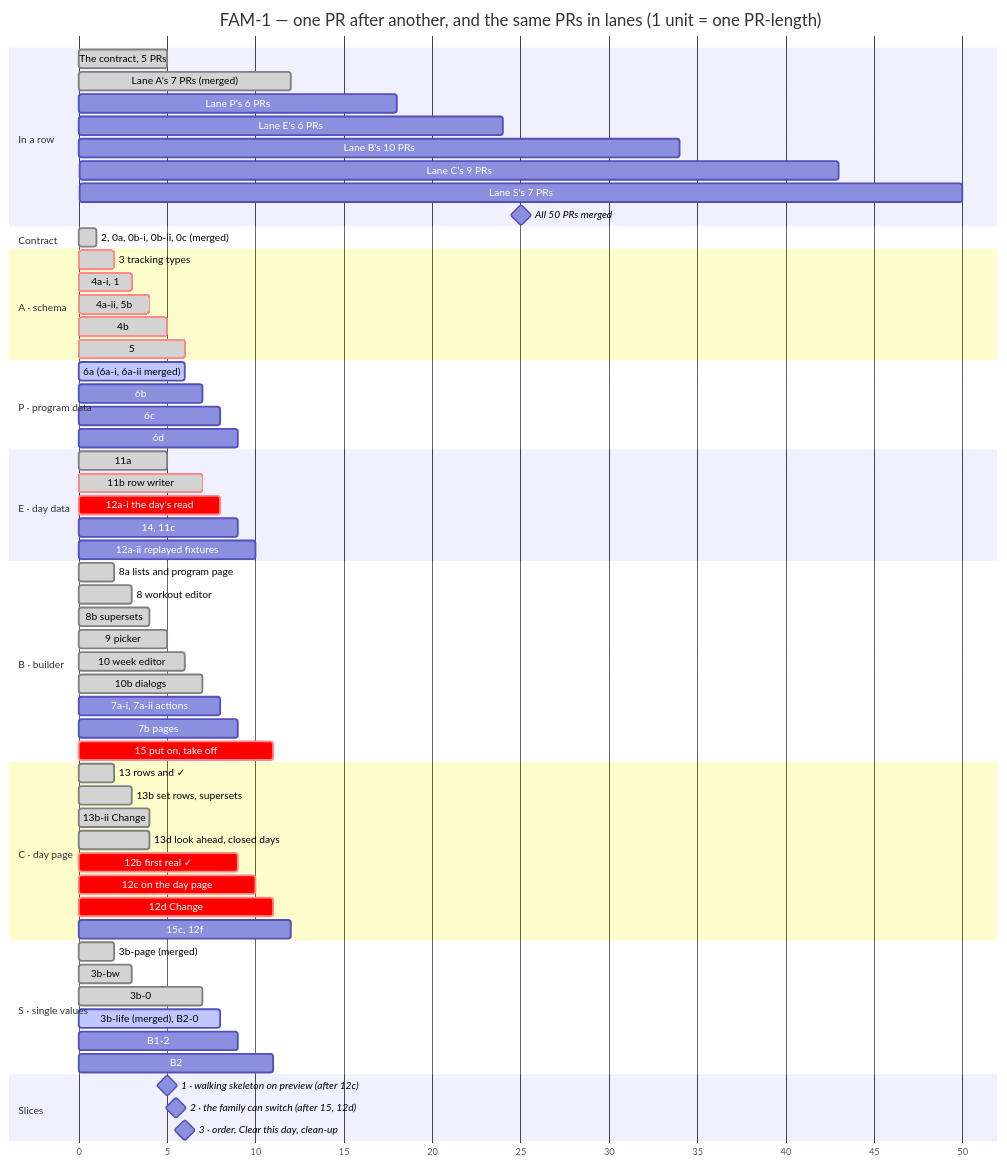
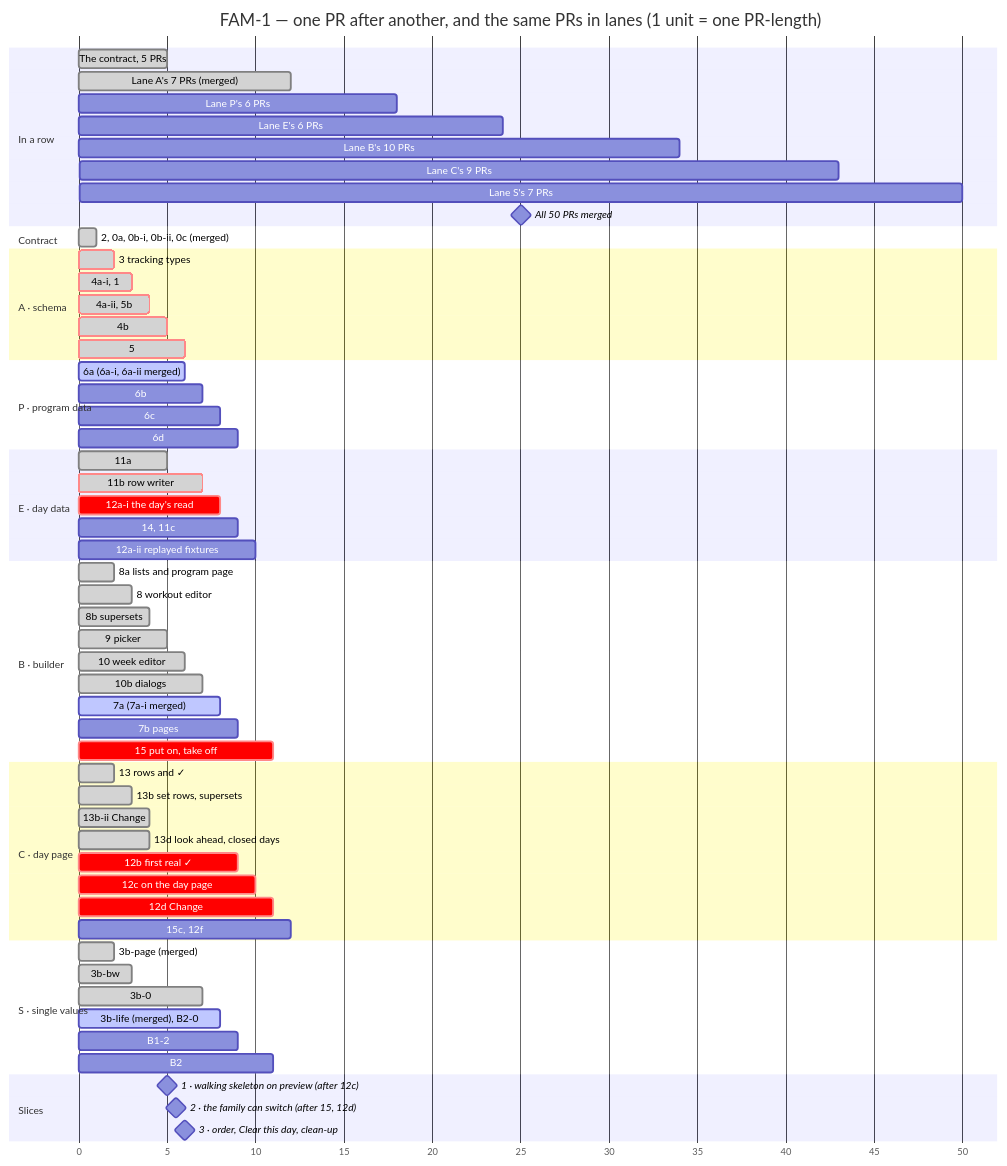
One commit to ralamode/mat-plan changed the second of 2 diagrams in docs/milestones/fam-1-family-program.md. Above: the diagram before and after it, drawn with Mermaid. The commit also changed other lines of this file and 5 other files, not shown here.

First line of the commit message:
fix(fam-1): the upper-case week in the fake's test is upper case; chart at 31 of 50 (C25)

````diff
--- a/docs/milestones/fam-1-family-program.md
+++ b/docs/milestones/fam-1-family-program.md
@@ -258,74 +258,74 @@
 ```mermaid
 gantt
   title FAM-1 — one PR after another, and the same PRs in lanes (1 unit = one PR-length)
   dateFormat X
   axisFormat %s
   todayMarker off
 
   section In a row
   The contract, 5 PRs          :done, r0, 0, 5
   Lane A's 7 PRs (merged)      :done, r1, 5, 12
   Lane P's 6 PRs               :r2, 12, 18
   Lane E's 6 PRs               :r3, 18, 24
   Lane B's 10 PRs              :r4, 24, 34
   Lane C's 9 PRs               :r5, 34, 43
   Lane S's 7 PRs               :r6, 43, 50
   All 50 PRs merged            :milestone, rm, 50, 50
 
   section Contract
   2, 0a, 0b-i, 0b-ii, 0c (merged) :done, c0, 0, 1
 
   section A · schema
   3 tracking types             :crit, done, a1, 1, 2
   4a-i, 1                      :crit, done, a2, 2, 3
   4a-ii, 5b                    :crit, done, a3, 3, 4
   4b                           :crit, done, a4, 4, 5
   5                            :crit, done, a5, 5, 6
 
   section P · program data
   6a (6a-i, 6a-ii merged)      :active, p1, 5, 6
   6b                           :p2, 6, 7
   6c                           :p3, 7, 8
   6d                           :p4, 8, 9
 
   section E · day data
   11a                          :done, e1, 4, 5
   11b row writer               :crit, done, e2, 5, 7
   12a-i the day's read         :crit, e3, 7, 8
   14, 11c                      :e4, 8, 9
   12a-ii replayed fixtures     :e5, 9, 10
 
   section B · builder
   8a lists and program page    :done, b1, 1, 2
   8 workout editor             :done, b2, 2, 3
   8b supersets                 :done, b3, 3, 4
   9 picker                     :done, b4, 4, 5
   10 week editor               :done, b5, 5, 6
   10b dialogs                  :done, b6, 6, 7
-  7a-i, 7a-ii actions          :b7, 7, 8
+  7a (7a-i merged)             :active, b7, 7, 8
   7b pages                     :b8, 8, 9
   15 put on, take off          :crit, b9, 10, 11
 
   section C · day page
   13 rows and ✓                :done, c1, 1, 2
   13b set rows, supersets      :done, c2, 2, 3
   13b-ii Change                :done, c2b, 3, 4
   13d look ahead, closed days  :done, c3, 3, 4
   12b first real ✓             :crit, c4, 8, 9
   12c on the day page          :crit, c5, 9, 10
   12d Change                   :crit, c6, 10, 11
   15c, 12f                     :c7, 11, 12
 
   section S · single values
   3b-page (merged)             :done, s1, 1, 2
   3b-bw                        :done, s2, 2, 3
   3b-0                         :done, s3, 6, 7
   3b-life (merged), B2-0       :active, s4, 7, 8
   B1-2                         :s5, 8, 9
   B2                           :s6, 10, 11
 
   section Slices
   1 · walking skeleton on preview (after 12c) :milestone, m1, 10, 10
   2 · the family can switch (after 15, 12d)   :milestone, m2, 11, 11
   3 · order, Clear this day, clean-up         :milestone, m3, 12, 12
 ```
````
